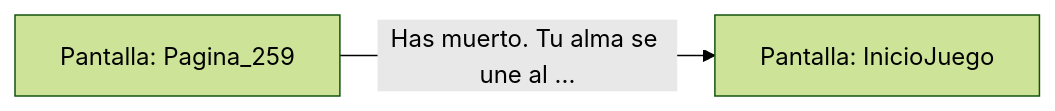
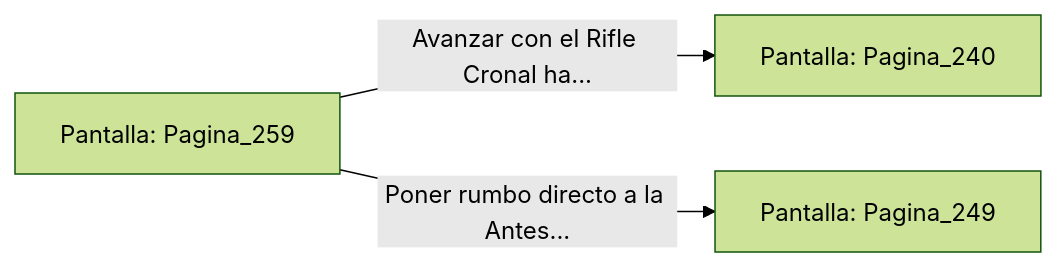
One commit to metsuke/mpl changed the diagram in sample/eligejuego-vault/Pantalla_Pagina_259.md. Above: the diagram before and after it, drawn with Mermaid (forest theme). The commit also changed other lines of this file and 635 other files, not shown here.

First line of the commit message:
fix: añadir Pagina_1 como pantalla inicial en capitulo_01.mpl

````diff
--- a/sample/eligejuego-vault/Pantalla_Pagina_259.md
+++ b/sample/eligejuego-vault/Pantalla_Pagina_259.md
@@ -17,5 +24,6 @@
 ```mermaid
 graph LR
     P_Pagina_259["Pantalla: Pagina_259"]
-    P_Pagina_259 -->|"Has muerto. Tu alma se une al ..."| P_InicioJuego["Pantalla: InicioJuego"]
+    P_Pagina_259 -->|"Avanzar con el Rifle Cronal ha..."| P_Pagina_240["Pantalla: Pagina_240"]
+    P_Pagina_259 -->|"Poner rumbo directo a la Antes..."| P_Pagina_249["Pantalla: Pagina_249"]
 ```
````
